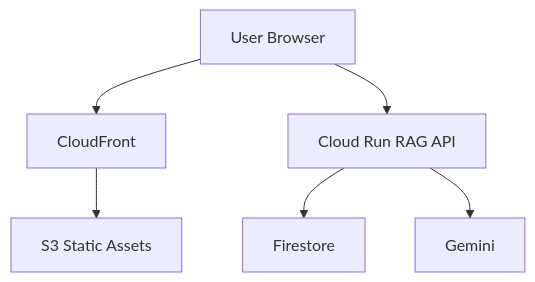
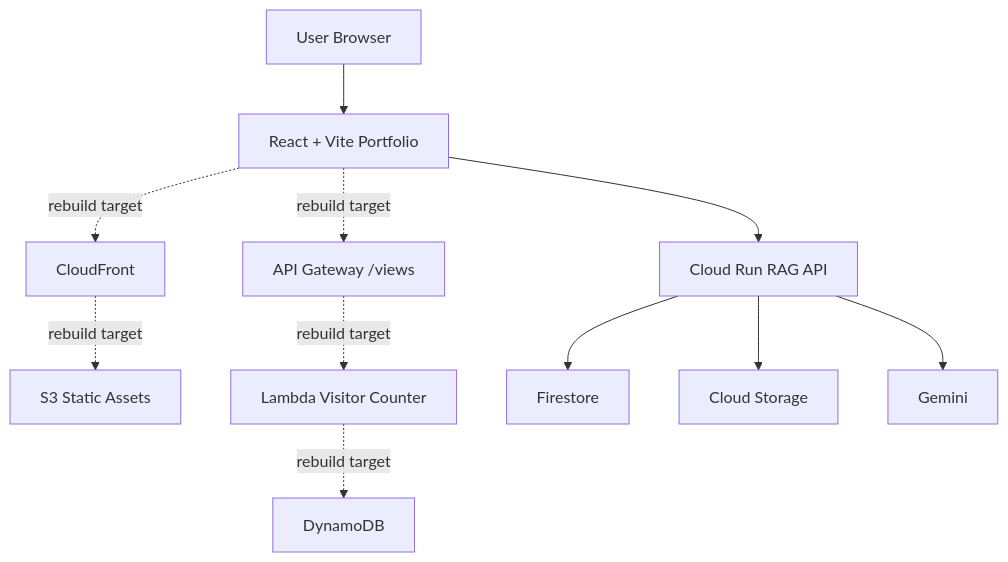
One commit to jarrett6796/AWS-Cloud-Portfolio changed the first of 2 diagrams in frontend-AWS/src/content/projects/cloud-resume-rag/en/architecture.md. Above: the diagram before and after it, drawn with Mermaid. The commit also changed other lines of this file and 58 other files, not shown here.

Commit message:
docs(frontend): standardize portfolio project markdown content

````diff
--- a/frontend-AWS/src/content/projects/cloud-resume-rag/en/architecture.md
+++ b/frontend-AWS/src/content/projects/cloud-resume-rag/en/architecture.md
@@ -33,8 +40,13 @@
 ```mermaid
 flowchart TD
-    User[User Browser] --> CloudFront[CloudFront]
-    CloudFront --> S3[S3 Static Assets]
-    User --> CloudRun[Cloud Run RAG API]
+    User[User Browser] --> Frontend[React + Vite Portfolio]
+    Frontend -. rebuild target .-> CloudFront[CloudFront]
+    CloudFront -. rebuild target .-> S3[S3 Static Assets]
+    Frontend -. rebuild target .-> VisitorApi[API Gateway /views]
+    VisitorApi -. rebuild target .-> Lambda[Lambda Visitor Counter]
+    Lambda -. rebuild target .-> DynamoDB[DynamoDB]
+    Frontend --> CloudRun[Cloud Run RAG API]
     CloudRun --> Firestore[Firestore]
+    CloudRun --> GCS[Cloud Storage]
     CloudRun --> Gemini[Gemini]
 ```
````
